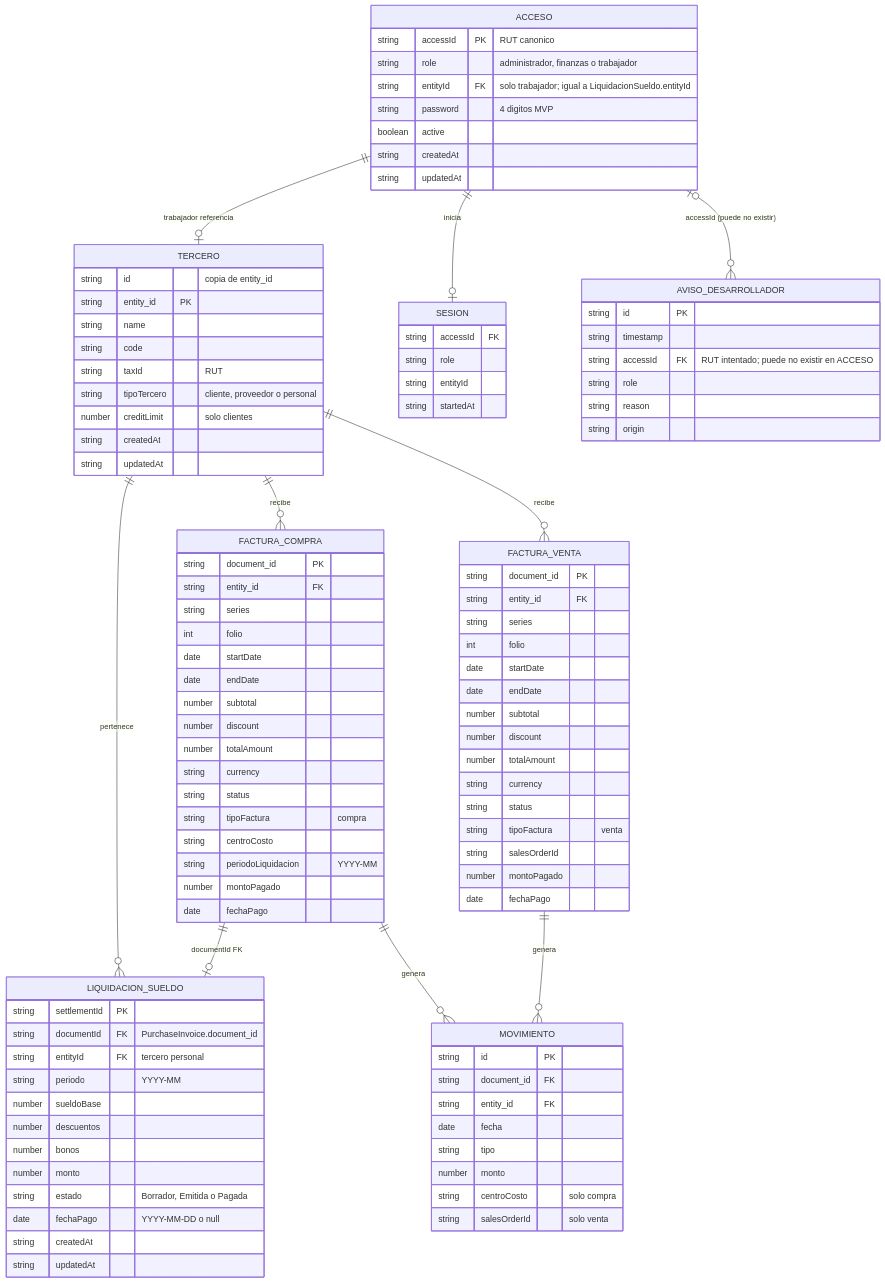
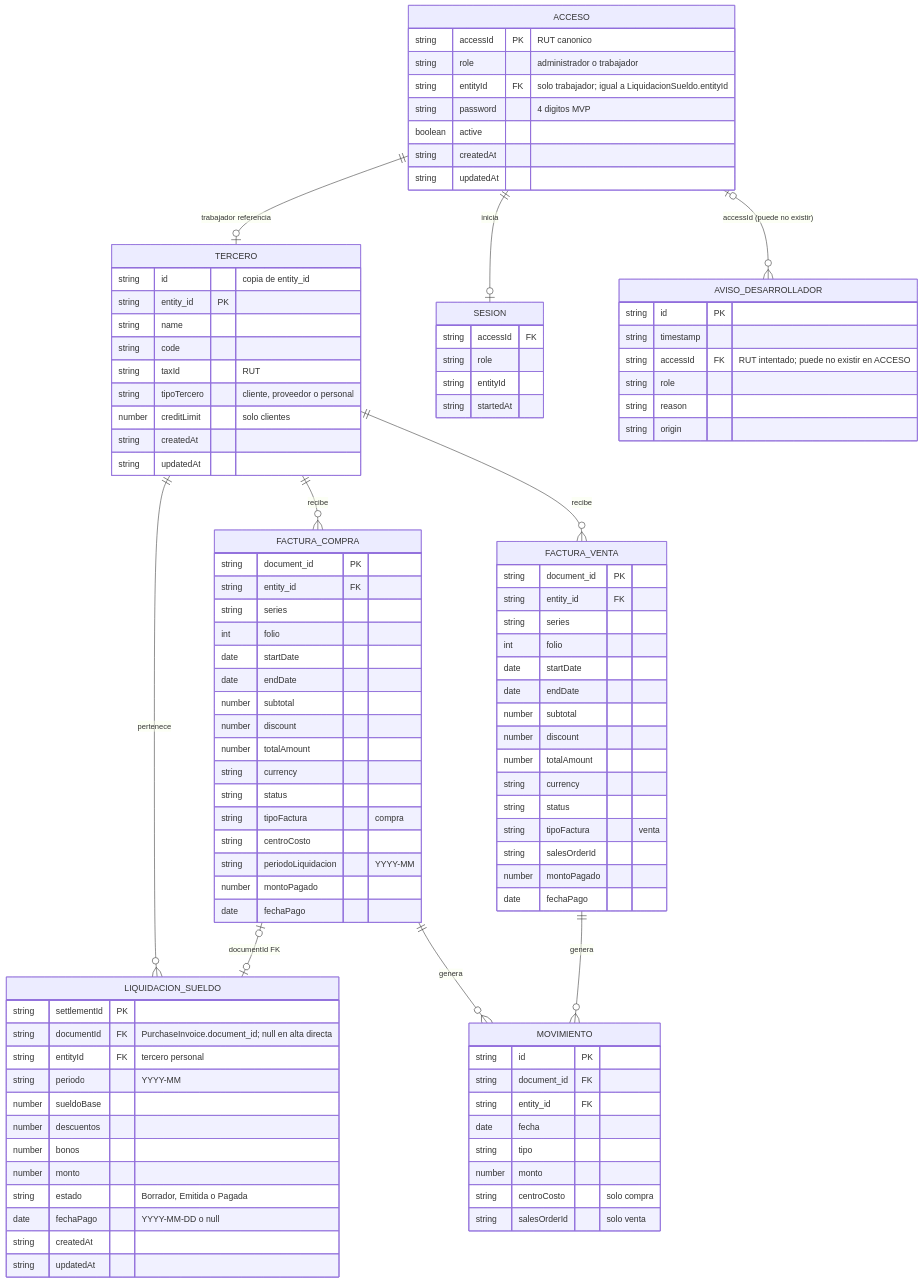
One commit to MDS-BI/Grupo-01 changed the diagram in specs/002-payroll-access-control/data-model.md. Above: the diagram before and after it, drawn with Mermaid. The commit also changed other lines of this file and 10 other files, not shown here.

Commit message:
eliminacion de rol, y creacion de pestaña de liquidacion de sueldo

```diff
--- a/specs/002-payroll-access-control/data-model.md
+++ b/specs/002-payroll-access-control/data-model.md
@@ -323,7 +323,7 @@
     ACCESO ||--o| TERCERO : "trabajador referencia"
     TERCERO ||--o{ FACTURA_COMPRA : "recibe"
     TERCERO ||--o{ LIQUIDACION_SUELDO : "pertenece"
-    FACTURA_COMPRA ||--o| LIQUIDACION_SUELDO : "documentId FK"
+    FACTURA_COMPRA |o--o| LIQUIDACION_SUELDO : "documentId FK"
     TERCERO ||--o{ FACTURA_VENTA : "recibe"
     FACTURA_COMPRA ||--o{ MOVIMIENTO : "genera"
     FACTURA_VENTA ||--o{ MOVIMIENTO : "genera"
@@ -332,7 +332,7 @@
 
     ACCESO {
         string accessId PK "RUT canonico"
-        string role "administrador, finanzas o trabajador"
+        string role "administrador o trabajador"
         string entityId FK "solo trabajador; igual a LiquidacionSueldo.entityId"
         string password "4 digitos MVP"
         boolean active
@@ -398,7 +398,7 @@
 
     LIQUIDACION_SUELDO {
         string settlementId PK
-        string documentId FK "PurchaseInvoice.document_id"
+        string documentId FK "PurchaseInvoice.document_id; null en alta directa"
         string entityId FK "tercero personal"
         string periodo "YYYY-MM"
         number sueldoBase
```
